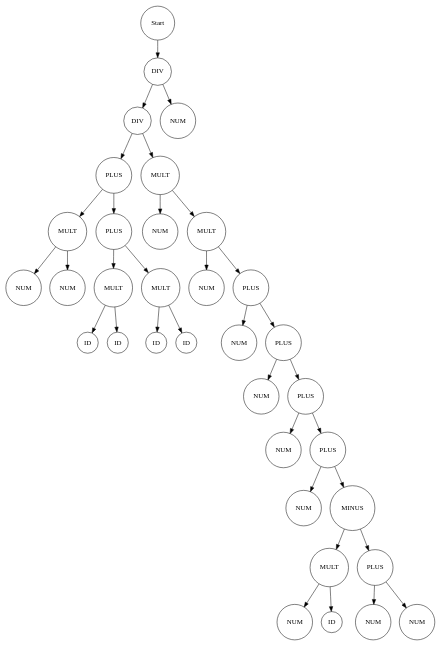
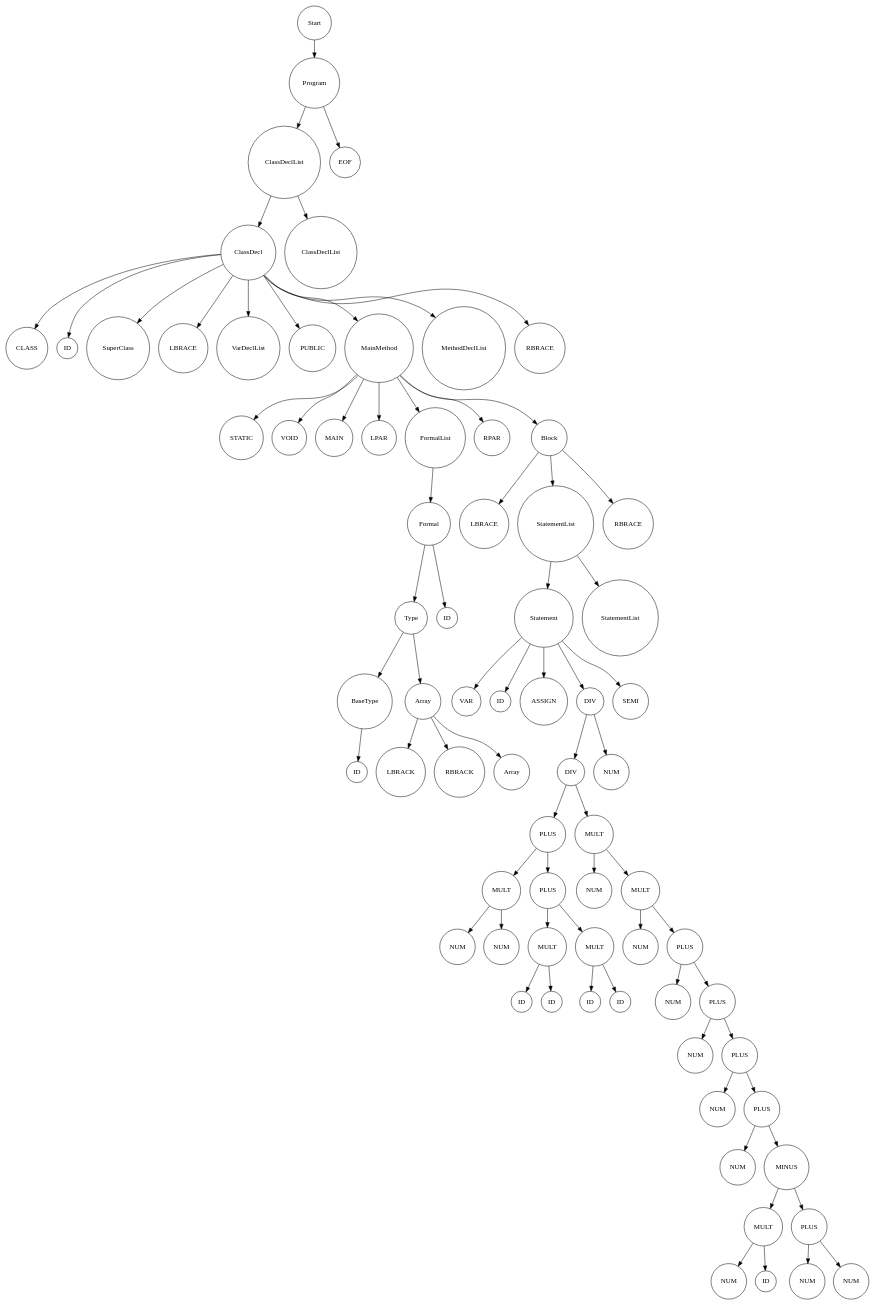
The diagram in ast.dot (GH120/JS-Compiler), drawn with Graphviz before and after one commit. The commit also changed 7 other files, not shown here.

```diff
--- a/ast.dot
+++ b/ast.dot
@@ -1,71 +1,149 @@
 digraph G {
             rankdir=TB; // Tree-like top-bottom orientation
             node [shape=circle];
               node0 [label="Start"];
-  node0_0 [label="DIV"];
+  node0_0 [label="Program"];
   node0 -> node0_0;
-  node0_0_0 [label="DIV"];
+  node0_0_0 [label="ClassDeclList"];
   node0_0 -> node0_0_0;
-  node0_0_0_0 [label="PLUS"];
+  node0_0_0_0 [label="ClassDecl"];
   node0_0_0 -> node0_0_0_0;
-  node0_0_0_0_0 [label="MULT"];
+  node0_0_0_0_0 [label="CLASS"];
   node0_0_0_0 -> node0_0_0_0_0;
-  node0_0_0_0_0_0 [label="NUM"];
-  node0_0_0_0_0 -> node0_0_0_0_0_0;
-  node0_0_0_0_0_1 [label="NUM"];
-  node0_0_0_0_0 -> node0_0_0_0_0_1;
-  node0_0_0_0_1 [label="PLUS"];
+  node0_0_0_0_1 [label="ID"];
   node0_0_0_0 -> node0_0_0_0_1;
-  node0_0_0_0_1_0 [label="MULT"];
-  node0_0_0_0_1 -> node0_0_0_0_1_0;
-  node0_0_0_0_1_0_0 [label="ID"];
-  node0_0_0_0_1_0 -> node0_0_0_0_1_0_0;
-  node0_0_0_0_1_0_1 [label="ID"];
-  node0_0_0_0_1_0 -> node0_0_0_0_1_0_1;
-  node0_0_0_0_1_1 [label="MULT"];
-  node0_0_0_0_1 -> node0_0_0_0_1_1;
-  node0_0_0_0_1_1_0 [label="ID"];
-  node0_0_0_0_1_1 -> node0_0_0_0_1_1_0;
-  node0_0_0_0_1_1_1 [label="ID"];
-  node0_0_0_0_1_1 -> node0_0_0_0_1_1_1;
-  node0_0_0_1 [label="MULT"];
+  node0_0_0_0_2 [label="SuperClass"];
+  node0_0_0_0 -> node0_0_0_0_2;
+  node0_0_0_0_3 [label="LBRACE"];
+  node0_0_0_0 -> node0_0_0_0_3;
+  node0_0_0_0_4 [label="VarDeclList"];
+  node0_0_0_0 -> node0_0_0_0_4;
+  node0_0_0_0_5 [label="PUBLIC"];
+  node0_0_0_0 -> node0_0_0_0_5;
+  node0_0_0_0_6 [label="MainMethod"];
+  node0_0_0_0 -> node0_0_0_0_6;
+  node0_0_0_0_6_0 [label="STATIC"];
+  node0_0_0_0_6 -> node0_0_0_0_6_0;
+  node0_0_0_0_6_1 [label="VOID"];
+  node0_0_0_0_6 -> node0_0_0_0_6_1;
+  node0_0_0_0_6_2 [label="MAIN"];
+  node0_0_0_0_6 -> node0_0_0_0_6_2;
+  node0_0_0_0_6_3 [label="LPAR"];
+  node0_0_0_0_6 -> node0_0_0_0_6_3;
+  node0_0_0_0_6_4 [label="FormalList"];
+  node0_0_0_0_6 -> node0_0_0_0_6_4;
+  node0_0_0_0_6_4_0 [label="Formal"];
+  node0_0_0_0_6_4 -> node0_0_0_0_6_4_0;
+  node0_0_0_0_6_4_0_0 [label="Type"];
+  node0_0_0_0_6_4_0 -> node0_0_0_0_6_4_0_0;
+  node0_0_0_0_6_4_0_0_0 [label="BaseType"];
+  node0_0_0_0_6_4_0_0 -> node0_0_0_0_6_4_0_0_0;
+  node0_0_0_0_6_4_0_0_0_0 [label="ID"];
+  node0_0_0_0_6_4_0_0_0 -> node0_0_0_0_6_4_0_0_0_0;
+  node0_0_0_0_6_4_0_0_1 [label="Array"];
+  node0_0_0_0_6_4_0_0 -> node0_0_0_0_6_4_0_0_1;
+  node0_0_0_0_6_4_0_0_1_0 [label="LBRACK"];
+  node0_0_0_0_6_4_0_0_1 -> node0_0_0_0_6_4_0_0_1_0;
+  node0_0_0_0_6_4_0_0_1_1 [label="RBRACK"];
+  node0_0_0_0_6_4_0_0_1 -> node0_0_0_0_6_4_0_0_1_1;
+  node0_0_0_0_6_4_0_0_1_2 [label="Array"];
+  node0_0_0_0_6_4_0_0_1 -> node0_0_0_0_6_4_0_0_1_2;
+  node0_0_0_0_6_4_0_1 [label="ID"];
+  node0_0_0_0_6_4_0 -> node0_0_0_0_6_4_0_1;
+  node0_0_0_0_6_5 [label="RPAR"];
+  node0_0_0_0_6 -> node0_0_0_0_6_5;
+  node0_0_0_0_6_6 [label="Block"];
+  node0_0_0_0_6 -> node0_0_0_0_6_6;
+  node0_0_0_0_6_6_0 [label="LBRACE"];
+  node0_0_0_0_6_6 -> node0_0_0_0_6_6_0;
+  node0_0_0_0_6_6_1 [label="StatementList"];
+  node0_0_0_0_6_6 -> node0_0_0_0_6_6_1;
+  node0_0_0_0_6_6_1_0 [label="Statement"];
+  node0_0_0_0_6_6_1 -> node0_0_0_0_6_6_1_0;
+  node0_0_0_0_6_6_1_0_0 [label="VAR"];
+  node0_0_0_0_6_6_1_0 -> node0_0_0_0_6_6_1_0_0;
+  node0_0_0_0_6_6_1_0_1 [label="ID"];
+  node0_0_0_0_6_6_1_0 -> node0_0_0_0_6_6_1_0_1;
+  node0_0_0_0_6_6_1_0_2 [label="ASSIGN"];
+  node0_0_0_0_6_6_1_0 -> node0_0_0_0_6_6_1_0_2;
+  node0_0_0_0_6_6_1_0_3 [label="DIV"];
+  node0_0_0_0_6_6_1_0 -> node0_0_0_0_6_6_1_0_3;
+  node0_0_0_0_6_6_1_0_3_0 [label="DIV"];
+  node0_0_0_0_6_6_1_0_3 -> node0_0_0_0_6_6_1_0_3_0;
+  node0_0_0_0_6_6_1_0_3_0_0 [label="PLUS"];
+  node0_0_0_0_6_6_1_0_3_0 -> node0_0_0_0_6_6_1_0_3_0_0;
+  node0_0_0_0_6_6_1_0_3_0_0_0 [label="MULT"];
+  node0_0_0_0_6_6_1_0_3_0_0 -> node0_0_0_0_6_6_1_0_3_0_0_0;
+  node0_0_0_0_6_6_1_0_3_0_0_0_0 [label="NUM"];
+  node0_0_0_0_6_6_1_0_3_0_0_0 -> node0_0_0_0_6_6_1_0_3_0_0_0_0;
+  node0_0_0_0_6_6_1_0_3_0_0_0_1 [label="NUM"];
+  node0_0_0_0_6_6_1_0_3_0_0_0 -> node0_0_0_0_6_6_1_0_3_0_0_0_1;
+  node0_0_0_0_6_6_1_0_3_0_0_1 [label="PLUS"];
+  node0_0_0_0_6_6_1_0_3_0_0 -> node0_0_0_0_6_6_1_0_3_0_0_1;
+  node0_0_0_0_6_6_1_0_3_0_0_1_0 [label="MULT"];
+  node0_0_0_0_6_6_1_0_3_0_0_1 -> node0_0_0_0_6_6_1_0_3_0_0_1_0;
+  node0_0_0_0_6_6_1_0_3_0_0_1_0_0 [label="ID"];
+  node0_0_0_0_6_6_1_0_3_0_0_1_0 -> node0_0_0_0_6_6_1_0_3_0_0_1_0_0;
+  node0_0_0_0_6_6_1_0_3_0_0_1_0_1 [label="ID"];
+  node0_0_0_0_6_6_1_0_3_0_0_1_0 -> node0_0_0_0_6_6_1_0_3_0_0_1_0_1;
+  node0_0_0_0_6_6_1_0_3_0_0_1_1 [label="MULT"];
+  node0_0_0_0_6_6_1_0_3_0_0_1 -> node0_0_0_0_6_6_1_0_3_0_0_1_1;
+  node0_0_0_0_6_6_1_0_3_0_0_1_1_0 [label="ID"];
+  node0_0_0_0_6_6_1_0_3_0_0_1_1 -> node0_0_0_0_6_6_1_0_3_0_0_1_1_0;
+  node0_0_0_0_6_6_1_0_3_0_0_1_1_1 [label="ID"];
+  node0_0_0_0_6_6_1_0_3_0_0_1_1 -> node0_0_0_0_6_6_1_0_3_0_0_1_1_1;
+  node0_0_0_0_6_6_1_0_3_0_1 [label="MULT"];
+  node0_0_0_0_6_6_1_0_3_0 -> node0_0_0_0_6_6_1_0_3_0_1;
+  node0_0_0_0_6_6_1_0_3_0_1_0 [label="NUM"];
+  node0_0_0_0_6_6_1_0_3_0_1 -> node0_0_0_0_6_6_1_0_3_0_1_0;
+  node0_0_0_0_6_6_1_0_3_0_1_1 [label="MULT"];
+  node0_0_0_0_6_6_1_0_3_0_1 -> node0_0_0_0_6_6_1_0_3_0_1_1;
+  node0_0_0_0_6_6_1_0_3_0_1_1_0 [label="NUM"];
+  node0_0_0_0_6_6_1_0_3_0_1_1 -> node0_0_0_0_6_6_1_0_3_0_1_1_0;
+  node0_0_0_0_6_6_1_0_3_0_1_1_1 [label="PLUS"];
+  node0_0_0_0_6_6_1_0_3_0_1_1 -> node0_0_0_0_6_6_1_0_3_0_1_1_1;
+  node0_0_0_0_6_6_1_0_3_0_1_1_1_0 [label="NUM"];
+  node0_0_0_0_6_6_1_0_3_0_1_1_1 -> node0_0_0_0_6_6_1_0_3_0_1_1_1_0;
+  node0_0_0_0_6_6_1_0_3_0_1_1_1_1 [label="PLUS"];
+  node0_0_0_0_6_6_1_0_3_0_1_1_1 -> node0_0_0_0_6_6_1_0_3_0_1_1_1_1;
+  node0_0_0_0_6_6_1_0_3_0_1_1_1_1_0 [label="NUM"];
+  node0_0_0_0_6_6_1_0_3_0_1_1_1_1 -> node0_0_0_0_6_6_1_0_3_0_1_1_1_1_0;
+  node0_0_0_0_6_6_1_0_3_0_1_1_1_1_1 [label="PLUS"];
+  node0_0_0_0_6_6_1_0_3_0_1_1_1_1 -> node0_0_0_0_6_6_1_0_3_0_1_1_1_1_1;
+  node0_0_0_0_6_6_1_0_3_0_1_1_1_1_1_0 [label="NUM"];
+  node0_0_0_0_6_6_1_0_3_0_1_1_1_1_1 -> node0_0_0_0_6_6_1_0_3_0_1_1_1_1_1_0;
+  node0_0_0_0_6_6_1_0_3_0_1_1_1_1_1_1 [label="PLUS"];
+  node0_0_0_0_6_6_1_0_3_0_1_1_1_1_1 -> node0_0_0_0_6_6_1_0_3_0_1_1_1_1_1_1;
+  node0_0_0_0_6_6_1_0_3_0_1_1_1_1_1_1_0 [label="NUM"];
+  node0_0_0_0_6_6_1_0_3_0_1_1_1_1_1_1 -> node0_0_0_0_6_6_1_0_3_0_1_1_1_1_1_1_0;
+  node0_0_0_0_6_6_1_0_3_0_1_1_1_1_1_1_1 [label="MINUS"];
+  node0_0_0_0_6_6_1_0_3_0_1_1_1_1_1_1 -> node0_0_0_0_6_6_1_0_3_0_1_1_1_1_1_1_1;
+  node0_0_0_0_6_6_1_0_3_0_1_1_1_1_1_1_1_0 [label="MULT"];
+  node0_0_0_0_6_6_1_0_3_0_1_1_1_1_1_1_1 -> node0_0_0_0_6_6_1_0_3_0_1_1_1_1_1_1_1_0;
+  node0_0_0_0_6_6_1_0_3_0_1_1_1_1_1_1_1_0_0 [label="NUM"];
+  node0_0_0_0_6_6_1_0_3_0_1_1_1_1_1_1_1_0 -> node0_0_0_0_6_6_1_0_3_0_1_1_1_1_1_1_1_0_0;
+  node0_0_0_0_6_6_1_0_3_0_1_1_1_1_1_1_1_0_1 [label="ID"];
+  node0_0_0_0_6_6_1_0_3_0_1_1_1_1_1_1_1_0 -> node0_0_0_0_6_6_1_0_3_0_1_1_1_1_1_1_1_0_1;
+  node0_0_0_0_6_6_1_0_3_0_1_1_1_1_1_1_1_1 [label="PLUS"];
+  node0_0_0_0_6_6_1_0_3_0_1_1_1_1_1_1_1 -> node0_0_0_0_6_6_1_0_3_0_1_1_1_1_1_1_1_1;
+  node0_0_0_0_6_6_1_0_3_0_1_1_1_1_1_1_1_1_0 [label="NUM"];
+  node0_0_0_0_6_6_1_0_3_0_1_1_1_1_1_1_1_1 -> node0_0_0_0_6_6_1_0_3_0_1_1_1_1_1_1_1_1_0;
+  node0_0_0_0_6_6_1_0_3_0_1_1_1_1_1_1_1_1_1 [label="NUM"];
+  node0_0_0_0_6_6_1_0_3_0_1_1_1_1_1_1_1_1 -> node0_0_0_0_6_6_1_0_3_0_1_1_1_1_1_1_1_1_1;
+  node0_0_0_0_6_6_1_0_3_1 [label="NUM"];
+  node0_0_0_0_6_6_1_0_3 -> node0_0_0_0_6_6_1_0_3_1;
+  node0_0_0_0_6_6_1_0_4 [label="SEMI"];
+  node0_0_0_0_6_6_1_0 -> node0_0_0_0_6_6_1_0_4;
+  node0_0_0_0_6_6_1_1 [label="StatementList"];
+  node0_0_0_0_6_6_1 -> node0_0_0_0_6_6_1_1;
+  node0_0_0_0_6_6_2 [label="RBRACE"];
+  node0_0_0_0_6_6 -> node0_0_0_0_6_6_2;
+  node0_0_0_0_7 [label="MethodDeclList"];
+  node0_0_0_0 -> node0_0_0_0_7;
+  node0_0_0_0_8 [label="RBRACE"];
+  node0_0_0_0 -> node0_0_0_0_8;
+  node0_0_0_1 [label="ClassDeclList"];
   node0_0_0 -> node0_0_0_1;
-  node0_0_0_1_0 [label="NUM"];
-  node0_0_0_1 -> node0_0_0_1_0;
-  node0_0_0_1_1 [label="MULT"];
-  node0_0_0_1 -> node0_0_0_1_1;
-  node0_0_0_1_1_0 [label="NUM"];
-  node0_0_0_1_1 -> node0_0_0_1_1_0;
-  node0_0_0_1_1_1 [label="PLUS"];
-  node0_0_0_1_1 -> node0_0_0_1_1_1;
-  node0_0_0_1_1_1_0 [label="NUM"];
-  node0_0_0_1_1_1 -> node0_0_0_1_1_1_0;
-  node0_0_0_1_1_1_1 [label="PLUS"];
-  node0_0_0_1_1_1 -> node0_0_0_1_1_1_1;
-  node0_0_0_1_1_1_1_0 [label="NUM"];
-  node0_0_0_1_1_1_1 -> node0_0_0_1_1_1_1_0;
-  node0_0_0_1_1_1_1_1 [label="PLUS"];
-  node0_0_0_1_1_1_1 -> node0_0_0_1_1_1_1_1;
-  node0_0_0_1_1_1_1_1_0 [label="NUM"];
-  node0_0_0_1_1_1_1_1 -> node0_0_0_1_1_1_1_1_0;
-  node0_0_0_1_1_1_1_1_1 [label="PLUS"];
-  node0_0_0_1_1_1_1_1 -> node0_0_0_1_1_1_1_1_1;
-  node0_0_0_1_1_1_1_1_1_0 [label="NUM"];
-  node0_0_0_1_1_1_1_1_1 -> node0_0_0_1_1_1_1_1_1_0;
-  node0_0_0_1_1_1_1_1_1_1 [label="MINUS"];
-  node0_0_0_1_1_1_1_1_1 -> node0_0_0_1_1_1_1_1_1_1;
-  node0_0_0_1_1_1_1_1_1_1_0 [label="MULT"];
-  node0_0_0_1_1_1_1_1_1_1 -> node0_0_0_1_1_1_1_1_1_1_0;
-  node0_0_0_1_1_1_1_1_1_1_0_0 [label="NUM"];
-  node0_0_0_1_1_1_1_1_1_1_0 -> node0_0_0_1_1_1_1_1_1_1_0_0;
-  node0_0_0_1_1_1_1_1_1_1_0_1 [label="ID"];
-  node0_0_0_1_1_1_1_1_1_1_0 -> node0_0_0_1_1_1_1_1_1_1_0_1;
-  node0_0_0_1_1_1_1_1_1_1_1 [label="PLUS"];
-  node0_0_0_1_1_1_1_1_1_1 -> node0_0_0_1_1_1_1_1_1_1_1;
-  node0_0_0_1_1_1_1_1_1_1_1_0 [label="NUM"];
-  node0_0_0_1_1_1_1_1_1_1_1 -> node0_0_0_1_1_1_1_1_1_1_1_0;
-  node0_0_0_1_1_1_1_1_1_1_1_1 [label="NUM"];
-  node0_0_0_1_1_1_1_1_1_1_1 -> node0_0_0_1_1_1_1_1_1_1_1_1;
-  node0_0_1 [label="NUM"];
+  node0_0_1 [label="EOF"];
   node0_0 -> node0_0_1;
         }
```
